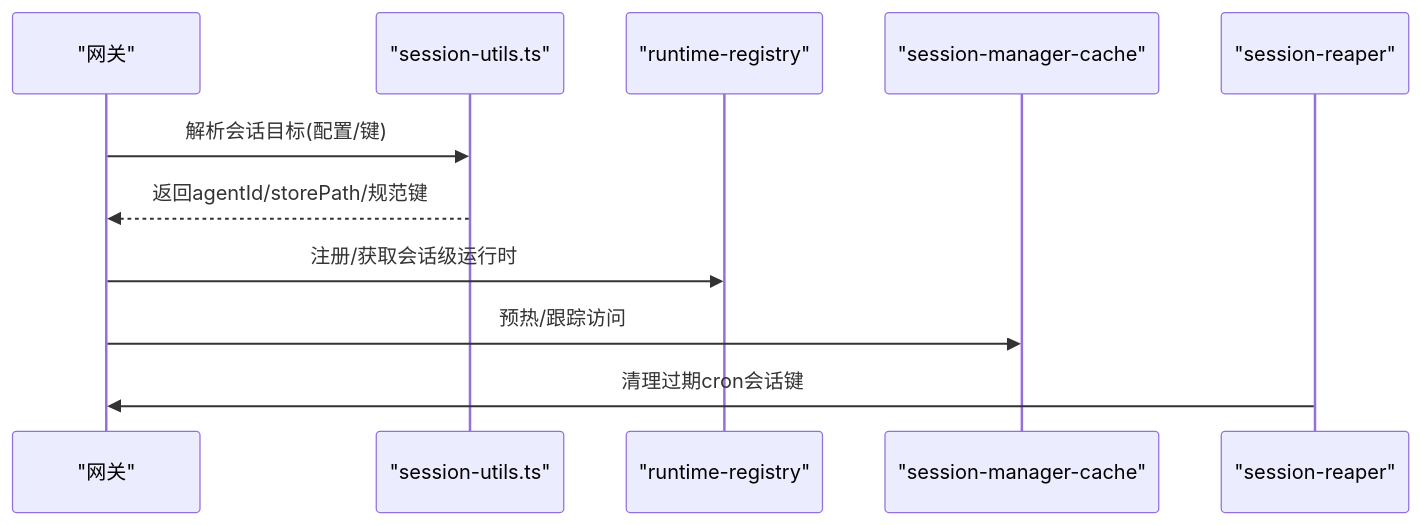
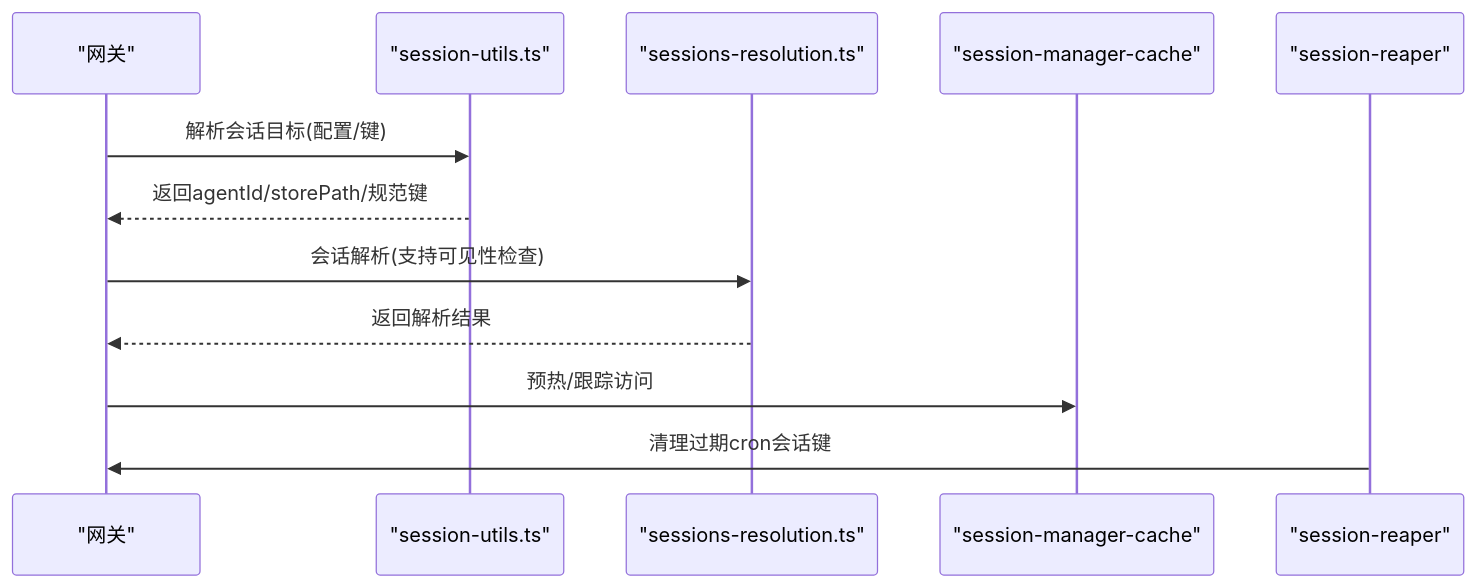
The eighth of 13 diagrams in .qoder/repowiki/zh/content/核心概念/会话管理.md (verse-ai-org/openclaw), drawn with Mermaid before and after one commit. The commit also changed other lines of this file and 9 other files, not shown here.

````diff
--- a/.qoder/repowiki/zh/content/核心概念/会话管理.md
+++ b/.qoder/repowiki/zh/content/核心概念/会话管理.md
@@ -373,13 +418,14 @@
 ```mermaid
 sequenceDiagram
 participant GW as "网关"
 participant SU as "session-utils.ts"
-participant SMR as "runtime-registry"
+participant SR as "sessions-resolution.ts"
 participant SMC as "session-manager-cache"
 participant CR as "session-reaper"
 GW->>SU : 解析会话目标(配置/键)
 SU-->>GW : 返回agentId/storePath/规范键
-GW->>SMR : 注册/获取会话级运行时
+GW->>SR : 会话解析(支持可见性检查)
+SR-->>GW : 返回解析结果
 GW->>SMC : 预热/跟踪访问
 CR->>GW : 清理过期cron会话键
 ```
````
